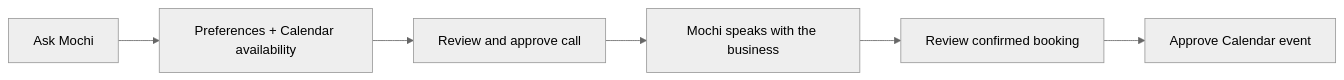
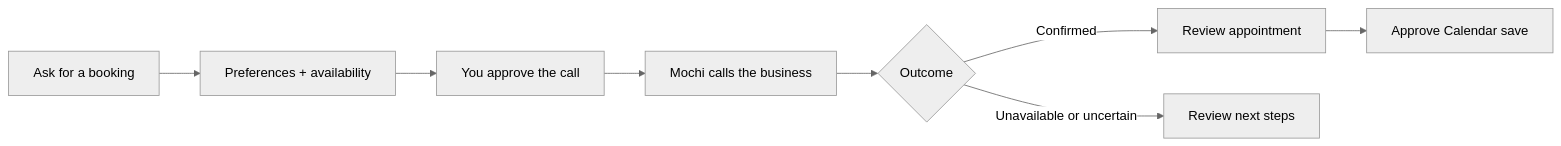
Before and after one commit to vbshuliar/mochi-for-watch: the first of 2 diagrams in README.md, drawn with Mermaid (neutral theme). The commit also changed other lines of this file, not shown here.

Commit message:
Focus README on booking, setup, architecture and capability boundaries

````diff
--- a/README.md
+++ b/README.md
@@ -109,8 +28,10 @@
 ```mermaid
 flowchart LR
-    Request[Ask Mochi] --> Plan[Preferences + Calendar availability]
-    Plan --> Review[Review and approve call]
-    Review --> Call[Mochi speaks with the business]
-    Call --> Result[Review confirmed booking]
-    Result --> Save[Approve Calendar event]
+    Ask[Ask for a booking] --> Plan[Preferences + availability]
+    Plan --> Approve[You approve the call]
+    Approve --> Call[Mochi calls the business]
+    Call --> Outcome{Outcome}
+    Outcome -->|Confirmed| Review[Review appointment]
+    Review --> Calendar[Approve Calendar save]
+    Outcome -->|Unavailable or uncertain| Recover[Review next steps]
 ```
````
